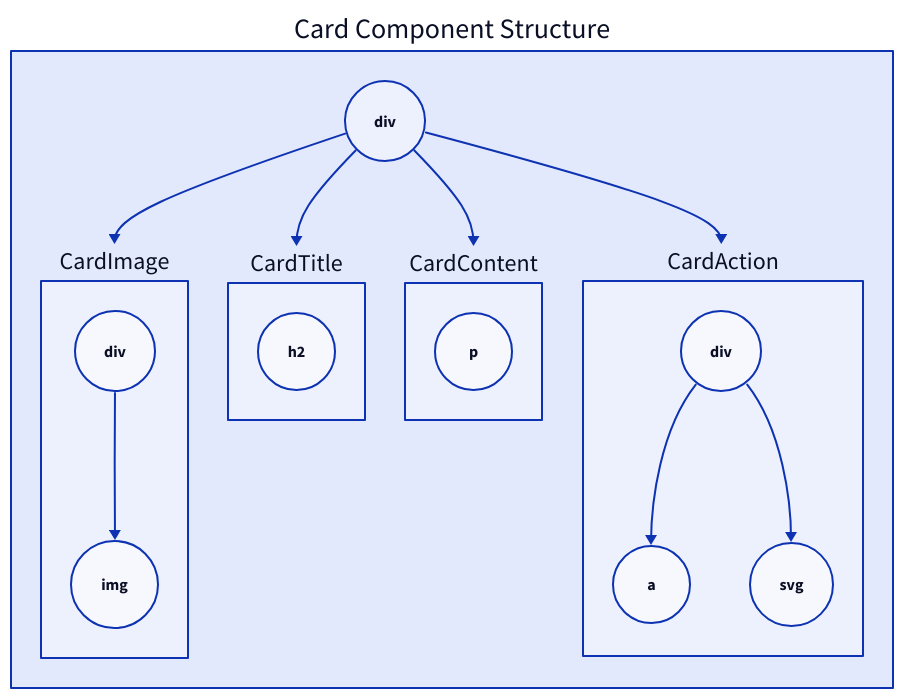
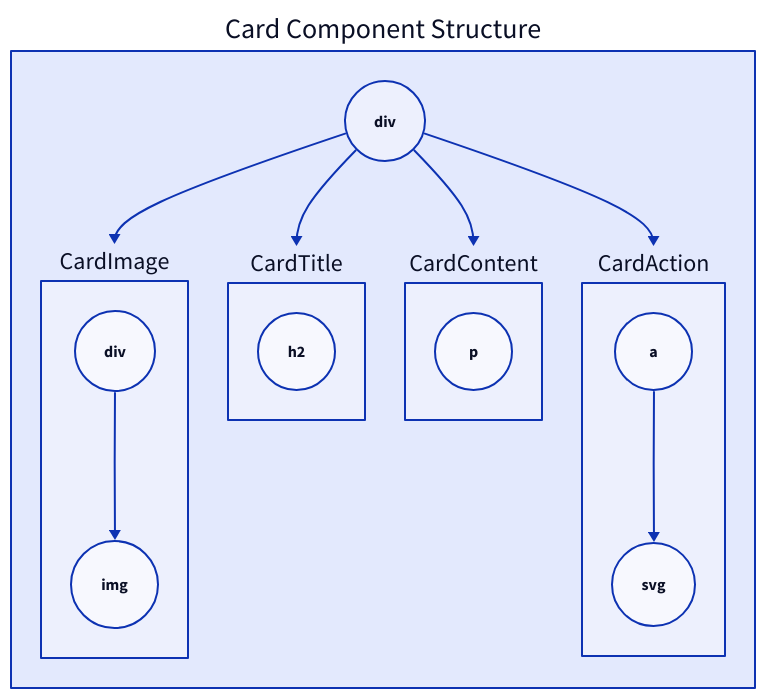
One commit to sveltinio/components-library changed the diagram in packages/widgets/src/lib/components/card/assets/diagrams/card.d2. Above: the diagram before and after it, drawn with D2. The commit also changed 1 other file, not shown here.

Commit message:
docs(widgets/card): diagram updated to reflect CardAction structure

```diff
--- a/packages/widgets/src/lib/components/card/assets/diagrams/card.d2
+++ b/packages/widgets/src/lib/components/card/assets/diagrams/card.d2
@@ -1,35 +1,33 @@
 # Layout Engine: Dagre
 DOM: "Card Component Structure" {
   CardImage: {
     # keys, shapes and labels
     div.shape: circle
     img.shape: circle
     # connections
     div -> img
   }
 
   CardTitle: {
     h2.shape: circle
   }
 
   CardAction: {
     # keys, shapes and labels
-    div.shape: circle
     a.shape: circle
     svg.shape: circle
     # connections
-    div -> a
-    div -> svg
+    a -> svg
   }
 
   CardContent: {
     p.shape: circle
   }
 
   # connections
   div.shape: circle
   div -> CardImage
   div -> CardTitle
   div -> CardContent
   div -> CardAction
 }
```
